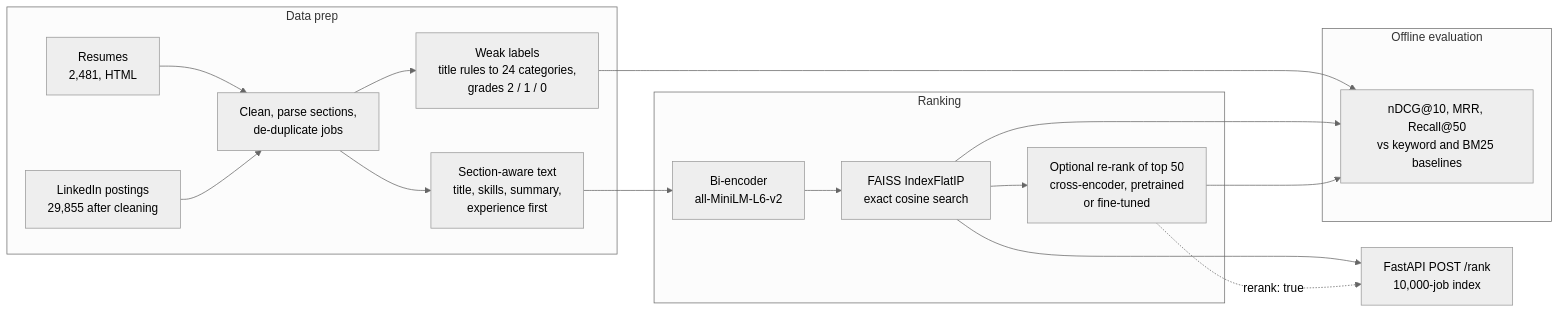
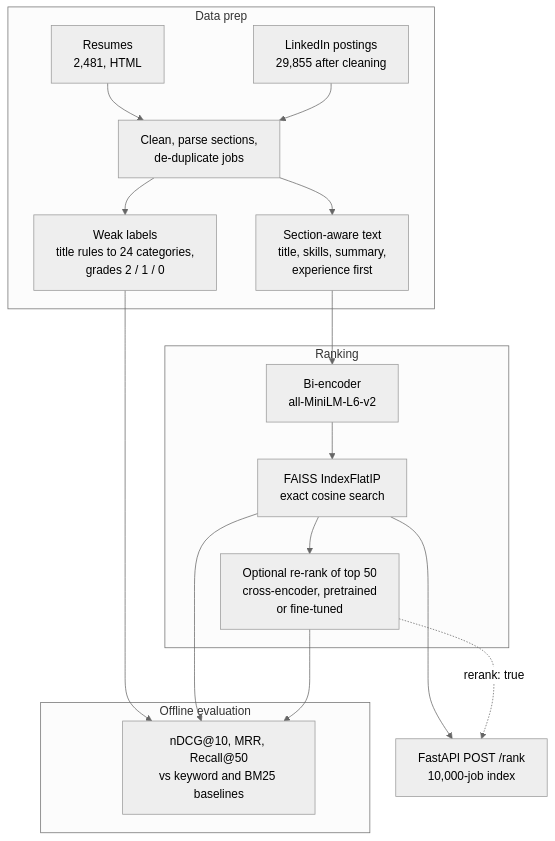
The diagram in README.md (byteKumar/job-match-ranker), drawn with Mermaid (neutral theme) before and after one commit.

Commit message:
Make README diagram top-down

````diff
--- a/README.md
+++ b/README.md
@@ -18,21 +18,21 @@
 ```mermaid
-flowchart LR
+flowchart TB
     subgraph prep["Data prep"]
         R["Resumes<br/>2,481, HTML"] --> C["Clean, parse sections,<br/>de-duplicate jobs"]
         J["LinkedIn postings<br/>29,855 after cleaning"] --> C
         C --> S["Section-aware text<br/>title, skills, summary,<br/>experience first"]
         C --> L["Weak labels<br/>title rules to 24 categories,<br/>grades 2 / 1 / 0"]
     end
     subgraph rank["Ranking"]
         S --> B["Bi-encoder<br/>all-MiniLM-L6-v2"]
         B --> F["FAISS IndexFlatIP<br/>exact cosine search"]
         F --> X["Optional re-rank of top 50<br/>cross-encoder, pretrained<br/>or fine-tuned"]
     end
     subgraph evalbox["Offline evaluation"]
         L --> E["nDCG@10, MRR, Recall@50<br/>vs keyword and BM25 baselines"]
         F --> E
         X --> E
     end
     F --> API["FastAPI POST /rank<br/>10,000-job index"]
     X -. "rerank: true" .-> API
 ```
````
